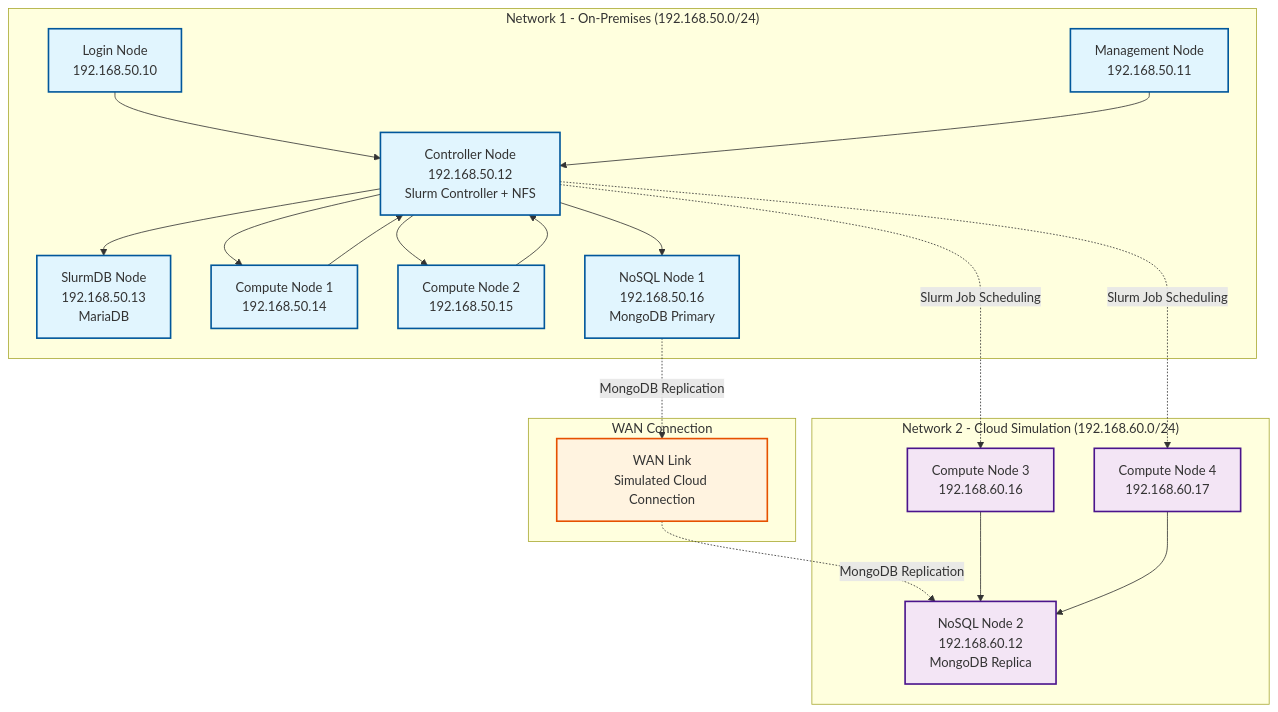
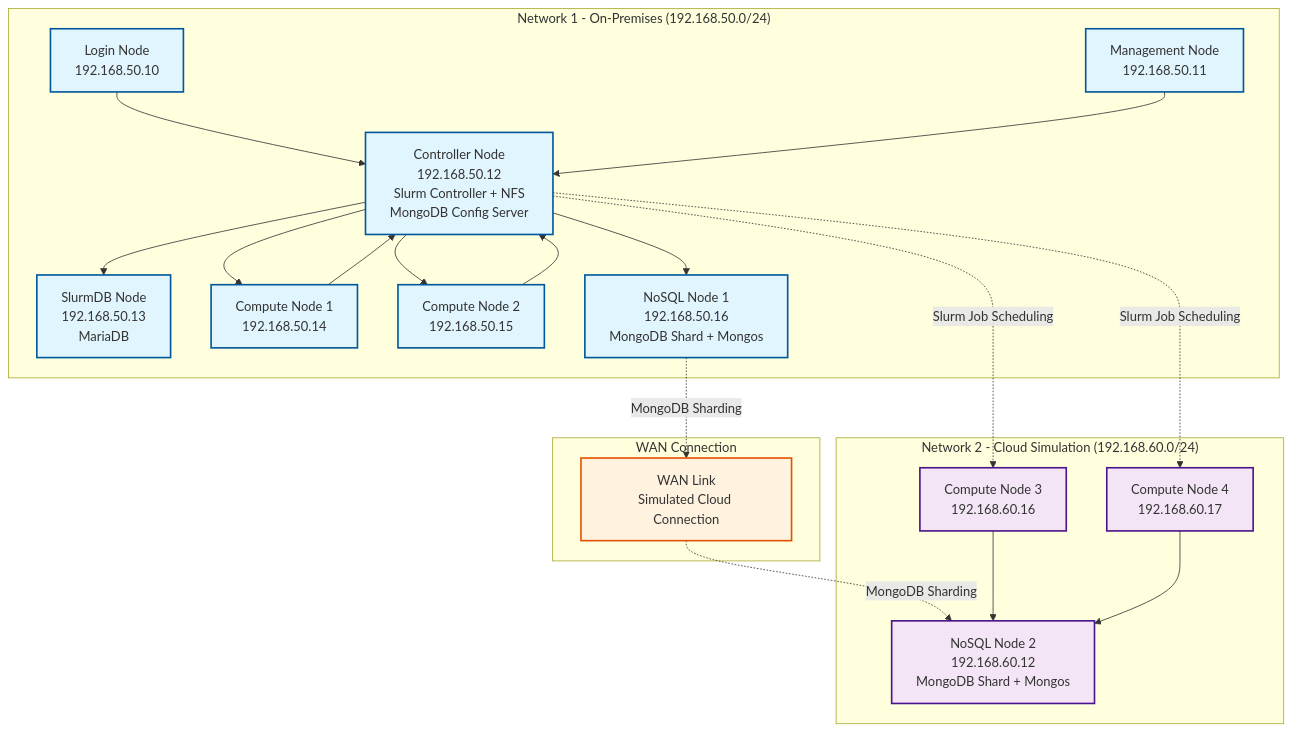
The diagram in README.md (zaphodbeeblebrox3rd/Burst-A-Flat), drawn with Mermaid before and after one commit. The commit also changed other lines of this file and 13 other files, not shown here.

Commit message:
There was a problem with write access to the mongodb replica A multi-master config did not work out the way I had planned Sharding should allow read/write access from all networks

````diff
--- a/README.md
+++ b/README.md
@@ -44,53 +44,53 @@
 ```mermaid
 graph TB
     subgraph "Network 1 - On-Premises (192.168.50.0/24)"
         LN[Login Node<br/>192.168.50.10]
         MN[Management Node<br/>192.168.50.11]
-        CN[Controller Node<br/>192.168.50.12<br/>Slurm Controller + NFS]
+        CN[Controller Node<br/>192.168.50.12<br/>Slurm Controller + NFS<br/>MongoDB Config Server]
         SN[SlurmDB Node<br/>192.168.50.13<br/>MariaDB]
         C1[Compute Node 1<br/>192.168.50.14]
         C2[Compute Node 2<br/>192.168.50.15]
-        N1[NoSQL Node 1<br/>192.168.50.16<br/>MongoDB Primary]
+        N1[NoSQL Node 1<br/>192.168.50.16<br/>MongoDB Shard + Mongos]
     end
     
     subgraph "Network 2 - Cloud Simulation (192.168.60.0/24)"
         C3[Compute Node 3<br/>192.168.60.16]
         C4[Compute Node 4<br/>192.168.60.17]
-        N2[NoSQL Node 2<br/>192.168.60.12<br/>MongoDB Replica]
+        N2[NoSQL Node 2<br/>192.168.60.12<br/>MongoDB Shard + Mongos]
     end
     
     subgraph "WAN Connection"
         WAN[WAN Link<br/>Simulated Cloud Connection]
     end
     
     %% Network 1 connections
     LN --> CN
     MN --> CN
     CN --> C1
     CN --> C2
     CN --> SN
     CN --> N1
     C1 --> CN
     C2 --> CN
     
     %% WAN connection
-    N1 -.->|MongoDB Replication| WAN
-    WAN -.->|MongoDB Replication| N2
+    N1 -.->|MongoDB Sharding| WAN
+    WAN -.->|MongoDB Sharding| N2
     
     %% Network 2 connections
     C3 --> N2
     C4 --> N2
     
     %% Cross-network job scheduling
     CN -.->|Slurm Job Scheduling| C3
     CN -.->|Slurm Job Scheduling| C4
     
     %% Styling
     classDef network1 fill:#e1f5fe,stroke:#01579b,stroke-width:2px
     classDef network2 fill:#f3e5f5,stroke:#4a148c,stroke-width:2px
     classDef wan fill:#fff3e0,stroke:#e65100,stroke-width:2px
     
     class LN,MN,CN,SN,C1,C2,N1 network1
     class C3,C4,N2 network2
     class WAN wan
 ```
````
